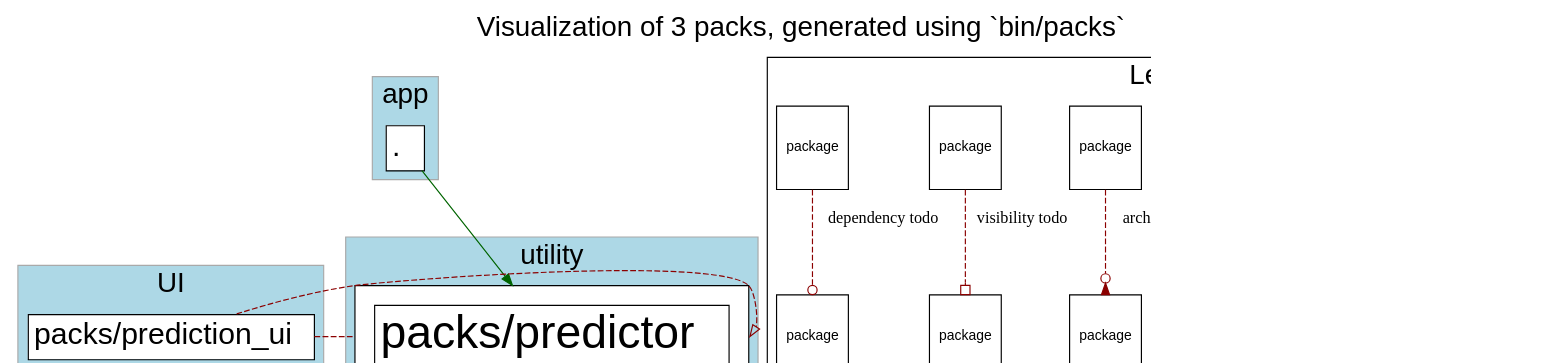
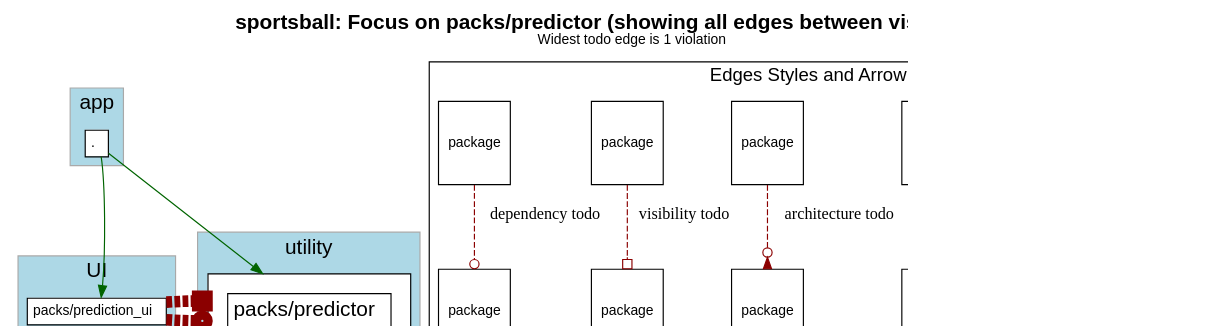
One commit to shageman/package-based-rails-applications-book changed the diagram in c5s07-2/sportsball/packs/predictor/packs.dot. Above: the diagram before and after it, drawn with Graphviz. The commit also changed 3077 other files, not shown here.

Commit message:
Better graphs from updated visualize_packwerk

```diff
--- a/c5s07-2/sportsball/packs/predictor/packs.dot
+++ b/c5s07-2/sportsball/packs/predictor/packs.dot
@@ -1,157 +1,128 @@
 digraph package_diagram {
   rankdir=TD
-
   graph [
     labelloc="t"
     fontname="Helvetica,Arial,sans-serif"
     dpi=100
     layout=dot
-    label="Visualization of 3 packs, generated using `bin/packs`",
-    fontsize=24
+    label=<<b>sportsball: Focus on packs/predictor (showing all edges between visible packs)</b><br/><font point-size='12'>Widest todo edge is 1 violation</font>>
+    fontsize=18
   ]
   node [
     fontname="Helvetica,Arial,sans-serif"
     fontsize=26.0
     fontcolor=black
     fillcolor=white
     color=black
     height=1.0
     style=filled
     shape=plain
   ]
-
     subgraph app {
       shape=box
       color=darkgrey
       fillcolor=lightblue
       style=filled
-
         label="app"
         cluster=true
-        rank = 0
-
-        "." [
-            fontsize=26.0
-              URL="https://github.com/shageman/package-based-rails-applications-book/tree/main/c4s07/sportsball/"
-            label=               <
+        rank = 0        "." [
+            fontsize=12.0
+            label= <
                 <table border='0' cellborder='1' cellspacing='0' cellpadding='4'>
                   <tr> <td align='left'> . </td> </tr>
                 </table>
               >
           ]
-
+        
     }
     subgraph UI {
       shape=box
       color=darkgrey
       fillcolor=lightblue
       style=filled
-
         label="UI"
         cluster=true
-        rank = 1
-
-        "packs/prediction_ui" [
-            fontsize=26.0
-              URL="https://github.com/shageman/package-based-rails-applications-book/tree/main/c4s07/sportsball/packs/prediction_ui"
-            label=               <
+        rank = 1        "packs/prediction_ui" [
+            fontsize=12.0
+            label= <
                 <table border='0' cellborder='1' cellspacing='0' cellpadding='4'>
                   <tr> <td align='left'> packs/prediction_ui </td> </tr>
                 </table>
               >
           ]
-
-                "." -> "packs/prediction_ui" [
-                  style=invis
-                ]
+        
     }
+              "." -> "packs/prediction_ui" [ style=invis ]
     subgraph data {
       shape=box
       color=darkgrey
       fillcolor=lightblue
       style=filled
-
         label="data"
         cluster=true
-        rank = 2
-
-    }
+        rank = 2    }
     subgraph utility {
       shape=box
       color=darkgrey
       fillcolor=lightblue
       style=filled
-
         label="utility"
         cluster=true
-        rank = 3
-
-        "packs/predictor" [
-            fontsize=40.0
-              URL="https://github.com/shageman/package-based-rails-applications-book/tree/main/c4s07/sportsball/packs/predictor"
-            label= 
-              <
+        rank = 3        "packs/predictor" [
+            fontsize=18.0
+            label= <
                 <table border='0' cellborder='1' cellspacing='0' cellpadding='16'><tr><td>
                   <table border='0' cellborder='1' cellspacing='0' cellpadding='4'>
                     <tr> <td port='private'> packs/predictor </td> </tr>
                   </table>
                 </td></tr></table>
               >
           ]
-
+        
     }
     subgraph NotInLayer {
       shape=box
       color=darkgrey
       fillcolor=lightblue
       style=filled
-
-
+        cluster=false
     }
-
-          "." -> "packs/predictor" [
-            color=darkgreen
-          ]
-
-            "packs/prediction_ui" -> "packs/predictor" [
-              color=darkred
-              style=dashed
+          "." -> "packs/prediction_ui" [ color=darkgreen ]
+          "." -> "packs/predictor" [ color=darkgreen ]
+            "packs/prediction_ui" -> "packs/predictor" [ color=darkred style=dashed
               constraint=false
               # headlabel="dependency"
                 arrowhead=odot
-                headport=e
-              
-              penwidth=1
-            ]
-            "packs/prediction_ui" -> "packs/predictor" [
-              color=darkred
-              style=dashed
+              penwidth=10            ]
+            "packs/prediction_ui" -> "packs/predictor" [ color=darkred style=dashed
               constraint=false
               # headlabel="visibility"
                 arrowhead=obox
-                headport=w
-              
-              penwidth=1
-            ]
-
+              penwidth=10            ]
   subgraph cluster_legend {
-    label="Legend"
-
+    fontsize=16
+    label="Edges Styles and Arrow Heads"
     A [ fontsize=12 shape=box label="package"]
     B [ fontsize=12 shape=box label="package"]
     C [ fontsize=12 shape=box label="package"]
     D [ fontsize=12 shape=box label="package"]
     E [ fontsize=12 shape=box label="package"]
     F [ fontsize=12 shape=box label="package"]
     G [ fontsize=12 shape=box label="package"]
     H [ fontsize=12 shape=box label="package"]
     I [ fontsize=12 shape=box label="package"]
     J [ fontsize=12 shape=box label="package"]
-
     A -> B [label="accepted dependency" color=darkgreen]
     C -> D [label="privac todo" color=darkred style=dashed arrowhead=crow]
     E -> F [label="architecture todo" color=darkred style=dashed arrowhead=invodot]
     G -> H [label="visibility todo" color=darkred style=dashed arrowhead=obox]
     I -> J [label="dependency todo" color=darkred style=dashed arrowhead=odot]
   }
+  subgraph cluster_teams_legend {
+    fontsize=16
+    label="Team Colors"
+
+
+  }
+  J -> "" [style=invis]
 }
```
